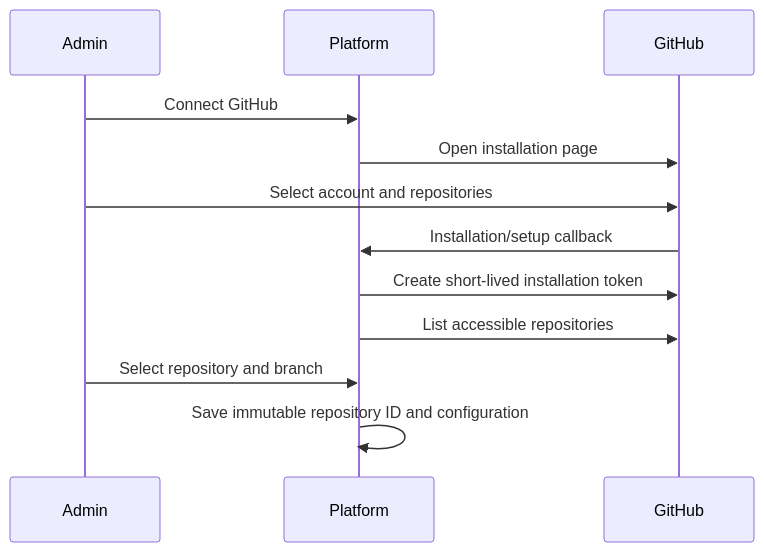
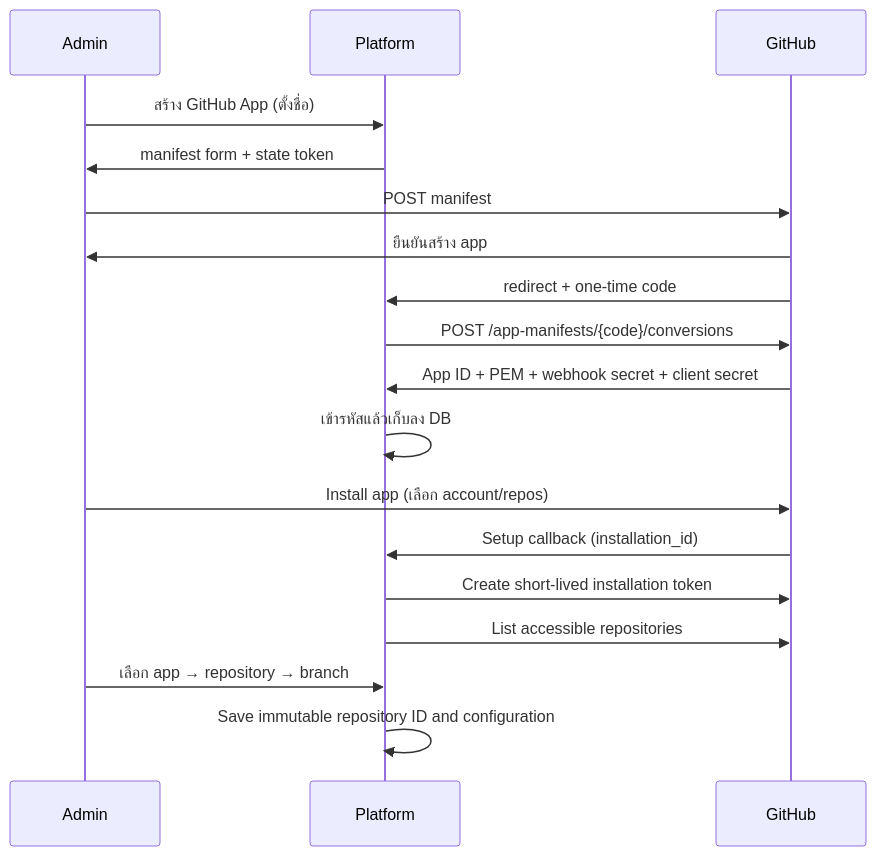
One commit to iitopfii/zixploy changed the diagram in docs/phase-02-github-app.md. Above: the diagram before and after it, drawn with Mermaid. The commit also changed other lines of this file and 23 other files, not shown here.

First line of the commit message:
GitHub App manifest flow: create apps from the platform (Dokploy-style)

````diff
--- a/docs/phase-02-github-app.md
+++ b/docs/phase-02-github-app.md
@@ -32,14 +34,20 @@
 ```mermaid
 sequenceDiagram
     participant A as Admin
     participant P as Platform
     participant G as GitHub
-    A->>P: Connect GitHub
-    P->>G: Open installation page
-    A->>G: Select account and repositories
-    G->>P: Installation/setup callback
+    A->>P: สร้าง GitHub App (ตั้งชื่อ)
+    P->>A: manifest form + state token
+    A->>G: POST manifest
+    G->>A: ยืนยันสร้าง app
+    G->>P: redirect + one-time code
+    P->>G: POST /app-manifests/{code}/conversions
+    G->>P: App ID + PEM + webhook secret + client secret
+    P->>P: เข้ารหัสแล้วเก็บลง DB
+    A->>G: Install app (เลือก account/repos)
+    G->>P: Setup callback (installation_id)
     P->>G: Create short-lived installation token
     P->>G: List accessible repositories
-    A->>P: Select repository and branch
+    A->>P: เลือก app → repository → branch
     P->>P: Save immutable repository ID and configuration
 ```
````
